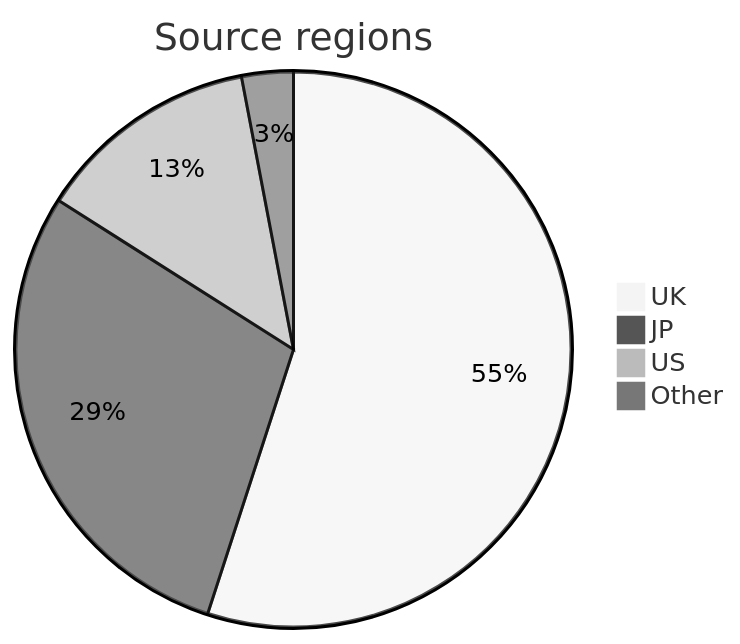
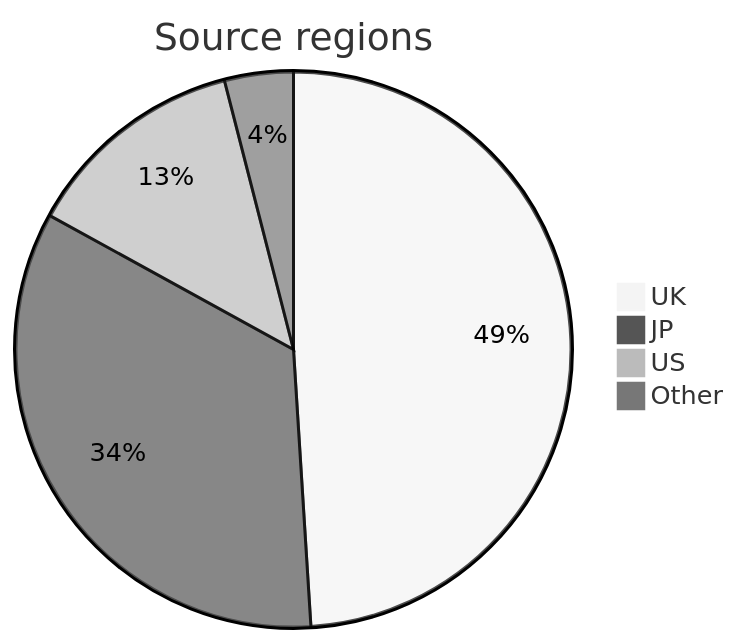
One commit to ace-dent/gbc-hw changed the diagram in gbc-census/docs/notes.md. Above: the diagram before and after it, drawn with Mermaid (neutral theme). The commit also changed other lines of this file and 6 other files, not shown here.

````diff
--- a/gbc-census/docs/notes.md
+++ b/gbc-census/docs/notes.md
@@ -9,7 +42,7 @@
 ```mermaid
 pie title Source regions
-    "UK" : 55
-    "JP" : 29
+    "UK" : 49
+    "JP" : 34
     "US" : 13
-    "Other" : 3
+    "Other" : 4
 ```
````
